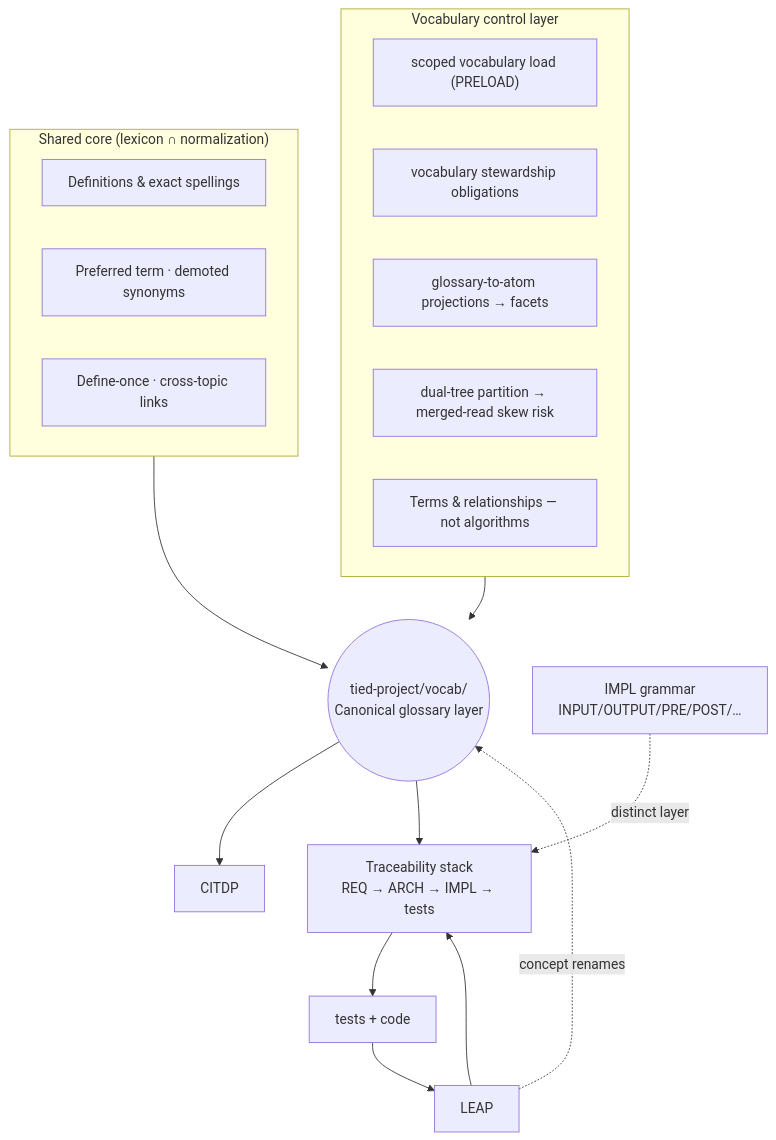
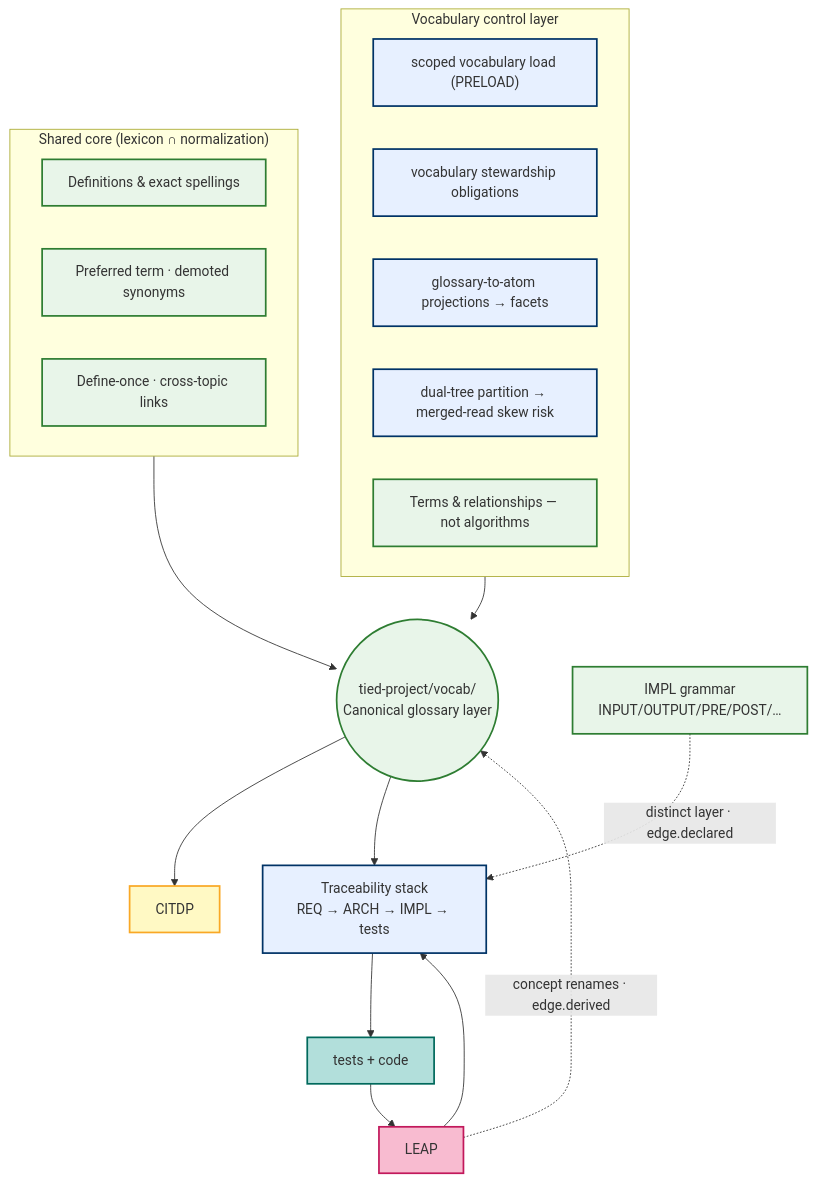
One commit to fareedst/tied changed the second of 2 diagrams in docs/tied-domain-vocabulary-architecture.md. Above: the diagram before and after it, drawn with Mermaid. The commit also changed other lines of this file and 18 other files, not shown here.

First line of the commit message:
Add STDD vocab visual encoding registry and term color index.

````diff
--- a/docs/tied-domain-vocabulary-architecture.md
+++ b/docs/tied-domain-vocabulary-architecture.md
@@ -216,34 +223,40 @@
 ```mermaid
 flowchart TB
+  %% palette: docs/visual-encoding-standards.md
+  classDef domAdaptivePractice fill:#e8f5e9,stroke:#2e7d32,stroke-width:2px
+  classDef domTiedCorpus fill:#e7f0ff,stroke:#003366,stroke-width:2px
+  classDef layerCitdp fill:#fff9c4,stroke:#f9a825,stroke-width:2px
+  classDef layerTests fill:#b2dfdb,stroke:#00695c,stroke-width:2px
+  classDef layerLeap fill:#f8bbd0,stroke:#c2185b,stroke-width:2px
   subgraph overlap["Shared core (lexicon ∩ normalization)"]
-    DEF["Definitions & exact spellings"]
-    NORM["Preferred term · demoted synonyms"]
-    LINK["Define-once · cross-topic links"]
+    DEF["Definitions & exact spellings"]:::domAdaptivePractice
+    NORM["Preferred term · demoted synonyms"]:::domAdaptivePractice
+    LINK["Define-once · cross-topic links"]:::domAdaptivePractice
   end
 
   subgraph vocabOnly["Vocabulary control layer"]
-    RT["scoped vocabulary load (PRELOAD)"]
-    TP["vocabulary stewardship obligations"]
-    TR["glossary-to-atom projections → facets"]
-    OWN["dual-tree partition → merged-read skew risk"]
-    NOALG["Terms & relationships — not algorithms"]
+    RT["scoped vocabulary load (PRELOAD)"]:::domTiedCorpus
+    TP["vocabulary stewardship obligations"]:::domTiedCorpus
+    TR["glossary-to-atom projections → facets"]:::domTiedCorpus
+    OWN["dual-tree partition → merged-read skew risk"]:::domTiedCorpus
+    NOALG["Terms & relationships — not algorithms"]:::domAdaptivePractice
   end
 
-  VOCAB(("tied-project/vocab/\nCanonical glossary layer"))
+  VOCAB(("tied-project/vocab/\nCanonical glossary layer")):::domAdaptivePractice
 
   overlap --> VOCAB
   vocabOnly --> VOCAB
 
-  IMPLG["IMPL grammar\nINPUT/OUTPUT/PRE/POST/…"]
-  STACK["Traceability stack\nREQ → ARCH → IMPL → tests"]
-  CITDP["CITDP"]
-  LEAP["LEAP"]
+  IMPLG["IMPL grammar\nINPUT/OUTPUT/PRE/POST/…"]:::domAdaptivePractice
+  STACK["Traceability stack\nREQ → ARCH → IMPL → tests"]:::domTiedCorpus
+  CITDP["CITDP"]:::layerCitdp
+  LEAP["LEAP"]:::layerLeap
 
   VOCAB --> CITDP
   VOCAB --> STACK
-  IMPLG -.->|"distinct layer"| STACK
-  STACK --> Tests["tests + code"]
+  IMPLG -.->|"distinct layer · edge.declared"| STACK
+  STACK --> Tests["tests + code"]:::layerTests
   Tests --> LEAP
-  LEAP -.->|"concept renames"| VOCAB
+  LEAP -.->|"concept renames · edge.derived"| VOCAB
   LEAP --> STACK
 ```
````
